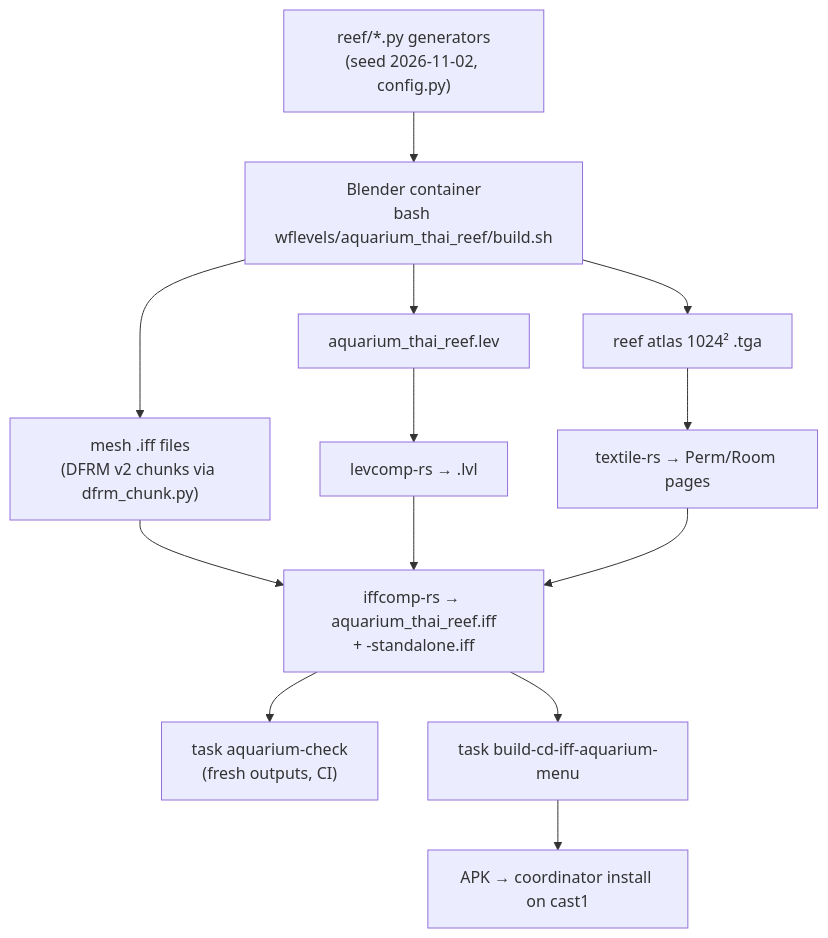
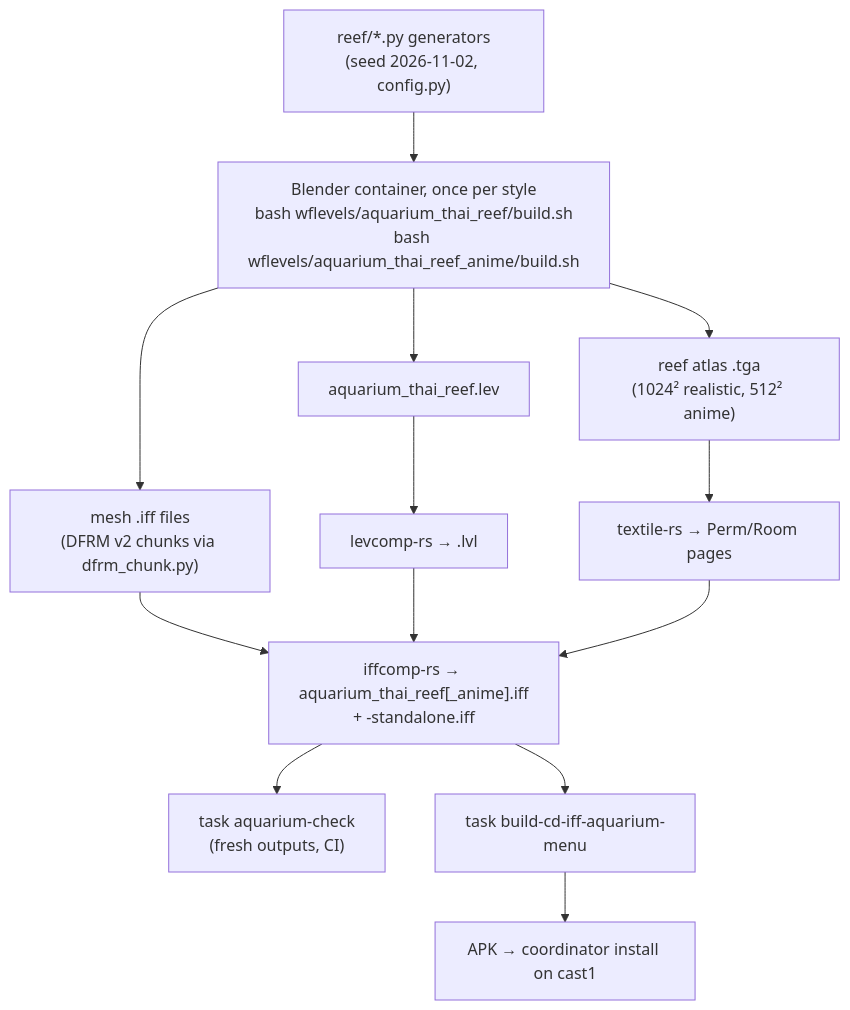
One commit to wbniv/WorldFoundry changed the tenth of 10 diagrams in docs/plans/2026-11-02-gulf-of-thailand-reef-tank.md. Above: the diagram before and after it, drawn with Mermaid. The commit also changed other lines of this file and 9 other files, not shown here.

````diff
--- a/docs/plans/2026-11-02-gulf-of-thailand-reef-tank.md
+++ b/docs/plans/2026-11-02-gulf-of-thailand-reef-tank.md
@@ -427,15 +520,15 @@
 ```mermaid
 flowchart TD
-    G["reef/*.py generators<br/>(seed 2026‑11‑02, config.py)"] --> BL["Blender container<br/>bash wflevels/aquarium_thai_reef/build.sh"]
+    G["reef/*.py generators<br/>(seed 2026‑11‑02, config.py)"] --> BL["Blender container, once per style<br/>bash wflevels/aquarium_thai_reef/build.sh<br/>bash wflevels/aquarium_thai_reef_anime/build.sh"]
     BL --> LEV["aquarium_thai_reef.lev"]
     BL --> MESH["mesh .iff files<br/>(DFRM v2 chunks via dfrm_chunk.py)"]
-    BL --> TGA["reef atlas 1024² .tga"]
+    BL --> TGA["reef atlas .tga<br/>(1024² realistic, 512² anime)"]
     LEV --> LC["levcomp-rs → .lvl"]
-    MESH --> IC["iffcomp-rs → aquarium_thai_reef.iff<br/>+ -standalone.iff"]
+    MESH --> IC["iffcomp-rs → aquarium_thai_reef[_anime].iff<br/>+ -standalone.iff"]
     TGA --> TX["textile-rs → Perm/Room pages"]
     LC --> IC
     TX --> IC
     IC --> CHK["task aquarium-check<br/>(fresh outputs, CI)"]
     IC --> MENU["task build-cd-iff-aquarium-menu"]
     MENU --> APK["APK → coordinator install on cast1"]
 ```
````
